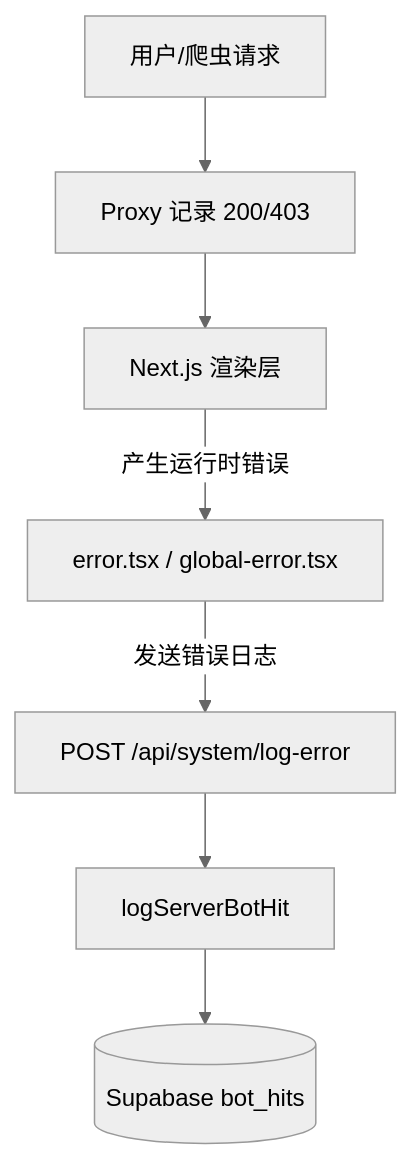
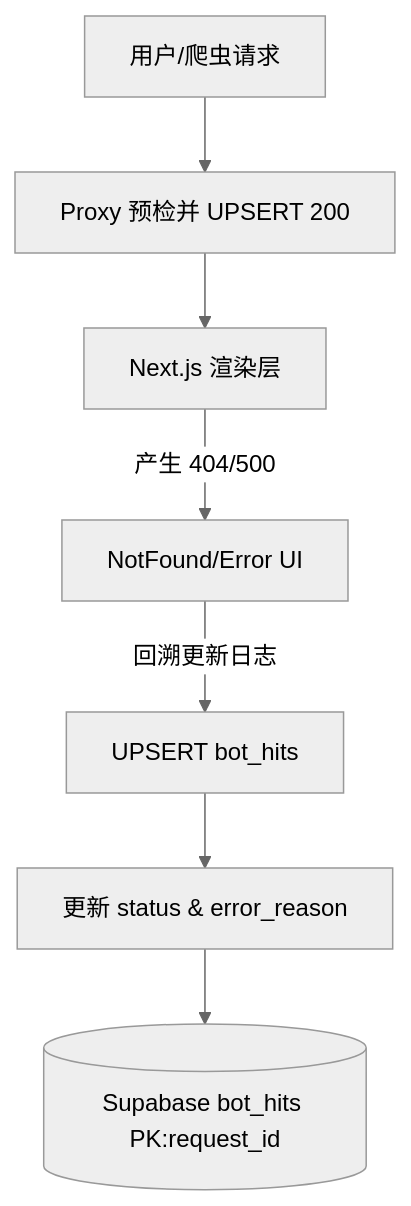
Before and after one commit to Aloklok/rss-daily: the diagram in src/domains/security/SECURITY.md, drawn with Mermaid (neutral theme). The commit also changed other lines of this file and 19 other files, not shown here.

````diff
--- a/src/domains/security/SECURITY.md
+++ b/src/domains/security/SECURITY.md
@@ -61,9 +62,9 @@
 ```mermaid
 graph TD
-    A[用户/爬虫请求] --> B[Proxy 记录 200/403]
+    A[用户/爬虫请求] --> B[Proxy 预检并 UPSERT 200]
     B --> C[Next.js 渲染层]
-    C -- 产生运行时错误 --> D[error.tsx / global-error.tsx]
-    D -- 发送错误日志 --> E[POST /api/system/log-error]
-    E --> F[logServerBotHit]
-    F --> G[(Supabase bot_hits)]
+    C -- 产生 404/500 --> D[NotFound/Error UI]
+    D -- 回溯更新日志 --> E[UPSERT bot_hits]
+    E --> F[更新 status & error_reason]
+    F --> G[(Supabase bot_hits PK:request_id)]
 ```
````
